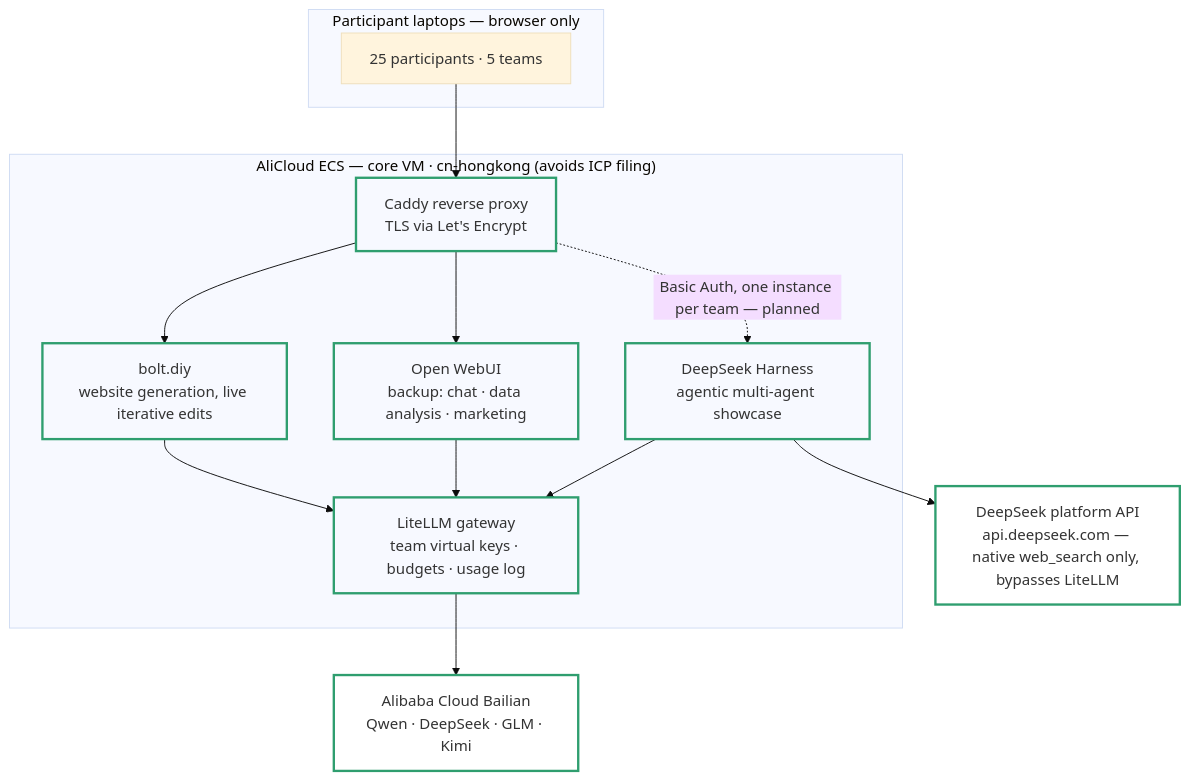
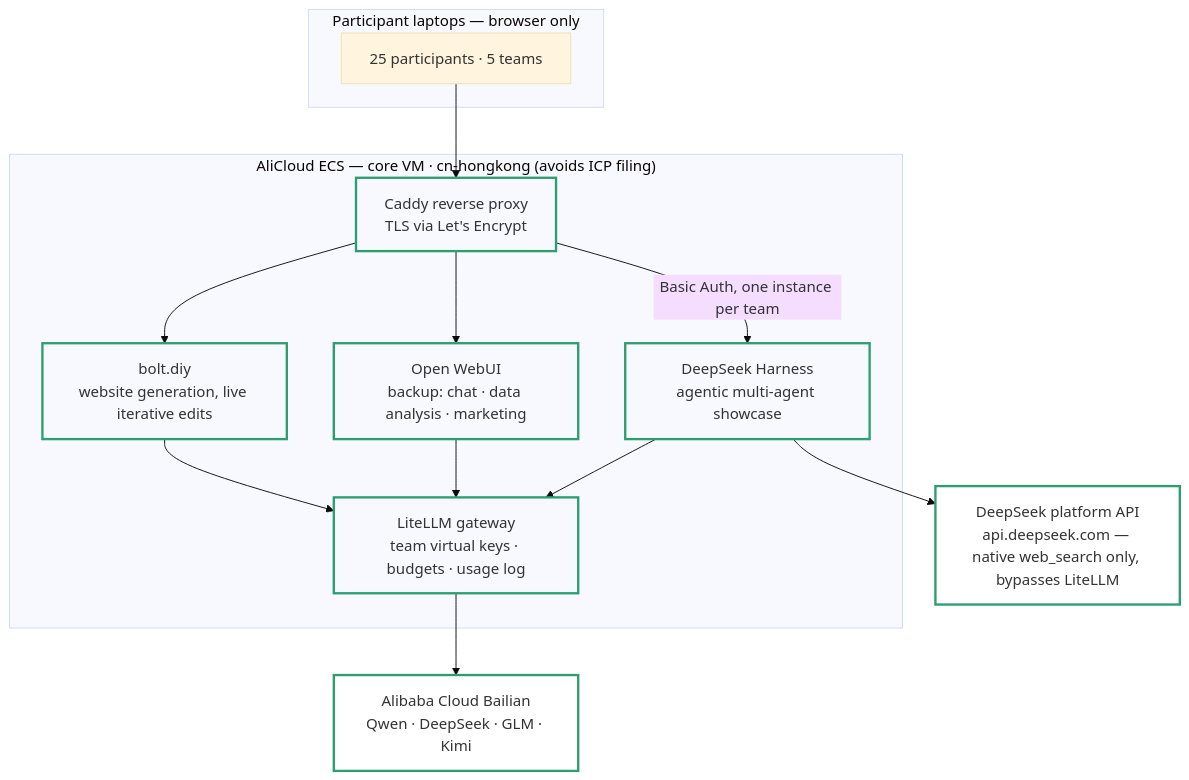
One commit to gsbn-trade/2026_09_hackathon_infra changed the first of 2 diagrams in ARCHITECTURE.md. Above: the diagram before and after it, drawn with Mermaid (base theme). The commit also changed other lines of this file and 62 other files, not shown here.

First line of the commit message:
Replicate bolt.diy and DeepSeek Harness per team, add Basic Auth, size VM for it

````diff
--- a/ARCHITECTURE.md
+++ b/ARCHITECTURE.md
@@ -24,24 +24,24 @@
 ```mermaid
 flowchart TB
     subgraph Participants["Participant laptops — browser only"]
         P["25 participants · 5 teams"]
     end
 
     P --> RP["Caddy reverse proxy\nTLS via Let's Encrypt"]
 
     subgraph CoreVM["AliCloud ECS — core VM · cn-hongkong (avoids ICP filing)"]
         RP --> BD["bolt.diy\nwebsite generation, live iterative edits"]
         RP --> OW["Open WebUI\nbackup: chat · data analysis · marketing"]
-        RP -.->|Basic Auth, one instance per team — planned| DS["DeepSeek Harness\nagentic multi-agent showcase"]
+        RP -->|Basic Auth, one instance per team| DS["DeepSeek Harness\nagentic multi-agent showcase"]
         BD --> LL["LiteLLM gateway\nteam virtual keys · budgets · usage log"]
         OW --> LL
         DS --> LL
     end
 
     LL --> BL["Alibaba Cloud Bailian\nQwen · DeepSeek · GLM · Kimi"]
     DS --> DK["DeepSeek platform API\napi.deepseek.com — native web_search only, bypasses LiteLLM"]
 
     classDef built fill:none,stroke:#2f9e6f,stroke-width:2.5px;
 
     class RP,BD,LL,BL,OW,DS,DK built
 ```
````
